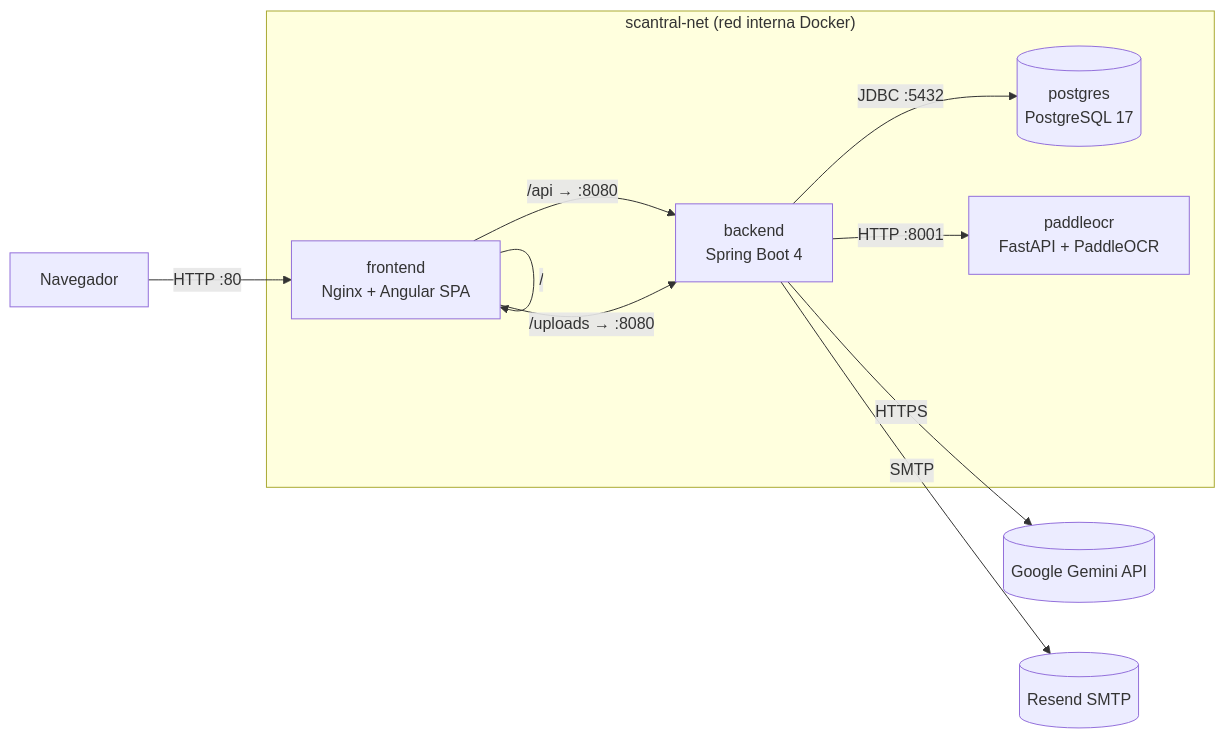
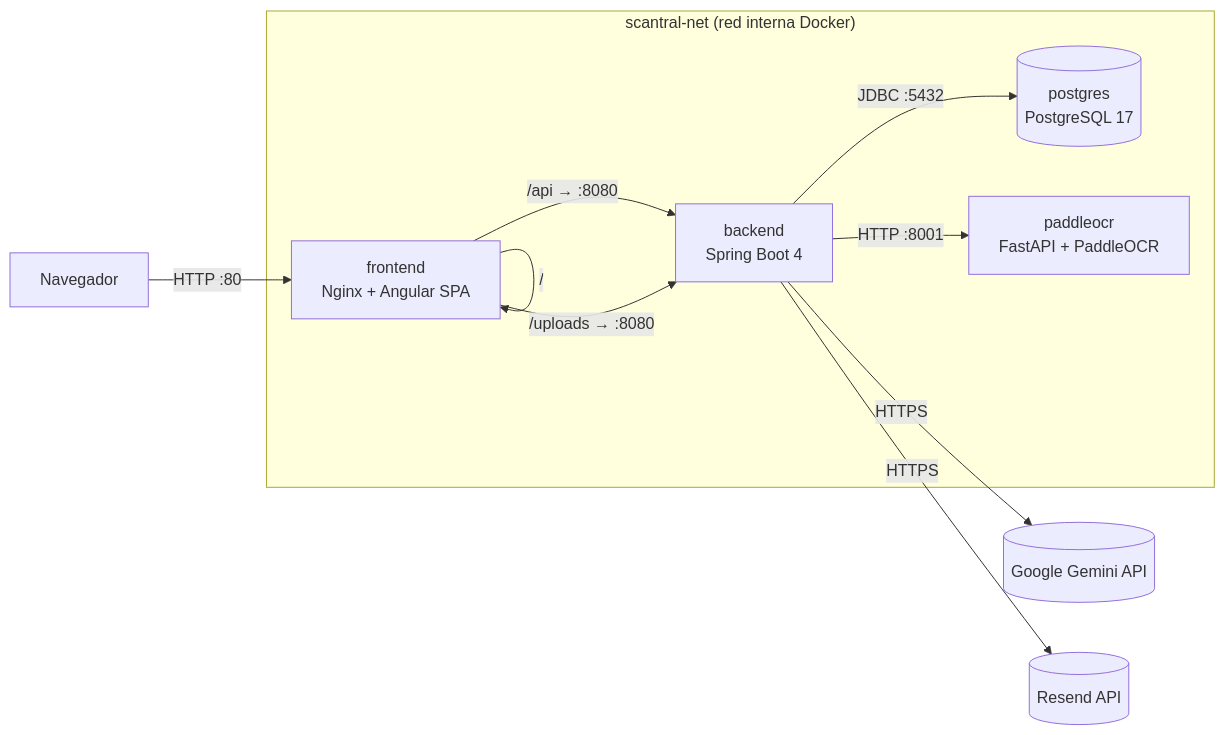
The diagram in DEPLOY.md (nolocardeno/Proyecto-Final), drawn with Mermaid before and after one commit. The commit also changed other lines of this file and 14 other files, not shown here.

Commit message:
Migración de uso SMTP a Resend HTTP API para el envio de emails de alerta por bloqueo de firewall

````diff
--- a/DEPLOY.md
+++ b/DEPLOY.md
@@ -37,18 +37,18 @@
 ```mermaid
 flowchart LR
     Browser["Navegador"] -->|HTTP :80| FE["frontend<br/>Nginx + Angular SPA"]
     FE -->|/| FE
     FE -->|"/api → :8080"| BE["backend<br/>Spring Boot 4"]
     FE -->|"/uploads → :8080"| BE
     BE -->|JDBC :5432| DB[("postgres<br/>PostgreSQL 17")]
     BE -->|HTTP :8001| OCR["paddleocr<br/>FastAPI + PaddleOCR"]
     BE -->|HTTPS| Gemini[("Google Gemini API")]
-    BE -->|SMTP| Mail[("Resend SMTP")]
+    BE -->|HTTPS| Mail[("Resend API")]
 
     subgraph "scantral-net (red interna Docker)"
         FE
         BE
         DB
         OCR
     end
 ```
````
